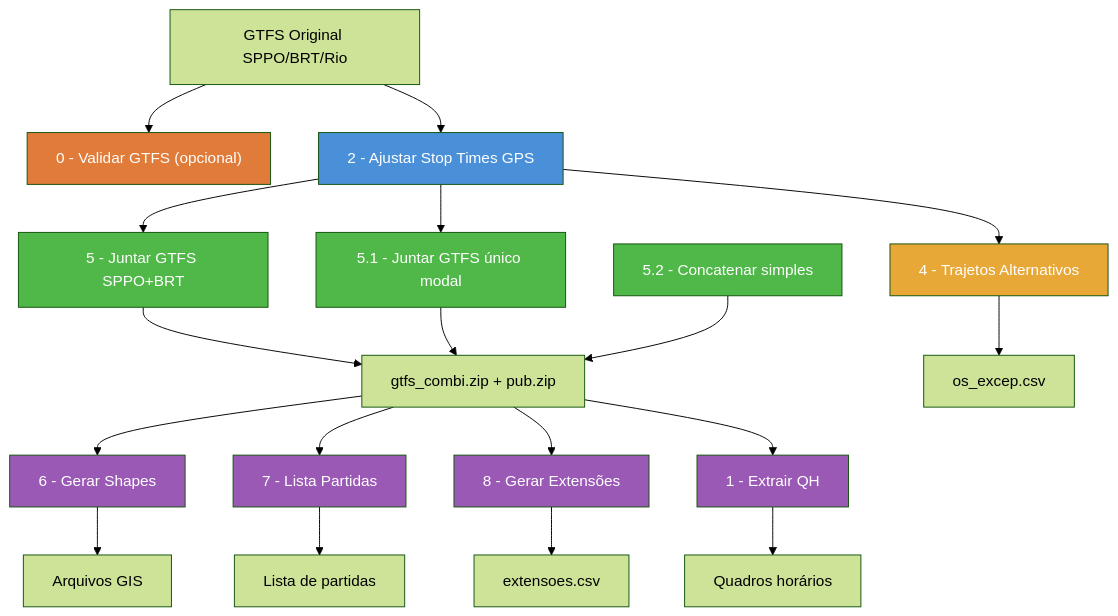
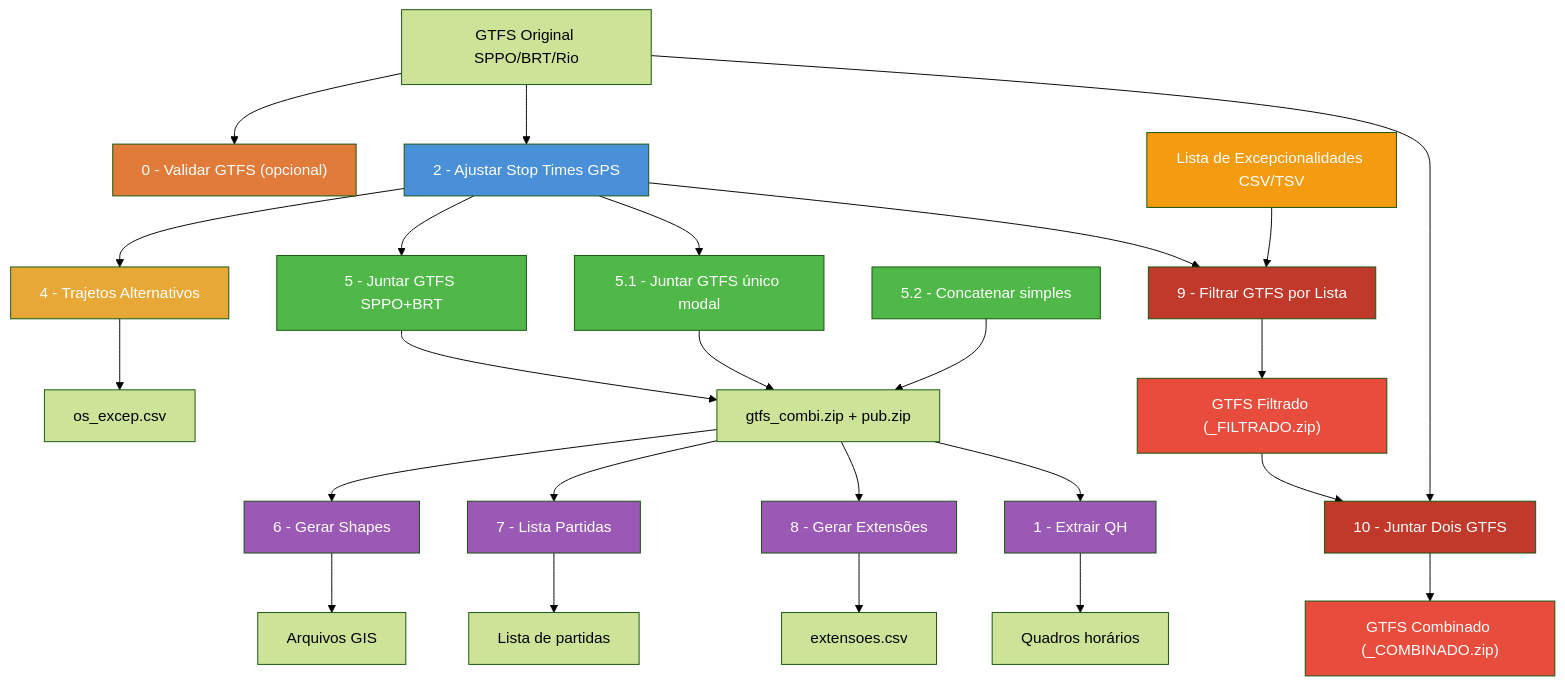
One commit to Fcsgeo82/processar_gtfs changed the diagram in README.md. Above: the diagram before and after it, drawn with Mermaid (forest theme). The commit also changed other lines of this file and 8 other files, not shown here.

````diff
--- a/README.md
+++ b/README.md
@@ -195,49 +234,65 @@
 ```mermaid
 graph TD
     ENTRADA["GTFS Original SPPO/BRT/Rio"]
     A0["0 - Validar GTFS (opcional)"]
     B["2 - Ajustar Stop Times GPS"]
     D["4 - Trajetos Alternativos"]
     E5["5 - Juntar GTFS SPPO+BRT"]
     E51["5.1 - Juntar GTFS único modal"]
     E52["5.2 - Concatenar simples"]
+    E9["9 - Filtrar GTFS por Lista"]
+    E10["10 - Juntar Dois GTFS"]
     PUB["gtfs_combi.zip + pub.zip"]
+    FILTRADO["GTFS Filtrado (_FILTRADO.zip)"]
+    COMBINADO["GTFS Combinado (_COMBINADO.zip)"]
     F["6 - Gerar Shapes"]
     G["7 - Lista Partidas"]
     H["8 - Gerar Extensões"]
     A["1 - Extrair QH"]
     OUT4["os_excep.csv"]
     OUT6["Arquivos GIS"]
     OUT7["Lista de partidas"]
     OUT8["extensoes.csv"]
     OUT1["Quadros horários"]
+    LISTA["Lista de Excepcionalidades CSV/TSV"]
 
     ENTRADA --> A0
     ENTRADA --> B
     B --> D
     B --> E5
     B --> E51
+    B --> E9
     D --> OUT4
+    LISTA --> E9
+    E9 --> FILTRADO
+    FILTRADO --> E10
+    ENTRADA --> E10
+    E10 --> COMBINADO
     E5 --> PUB
     E51 --> PUB
     E52 --> PUB
     PUB --> F
     PUB --> G
     PUB --> H
     PUB --> A
     F --> OUT6
     G --> OUT7
     H --> OUT8
     A --> OUT1
 
     style A0 fill:#e07b39,color:#fff
     style B fill:#4a90d9,color:#fff
     style D fill:#e8a838,color:#fff
     style E5 fill:#50b848,color:#fff
     style E51 fill:#50b848,color:#fff
     style E52 fill:#50b848,color:#fff
+    style E9 fill:#c0392b,color:#fff
+    style E10 fill:#c0392b,color:#fff
     style F fill:#9b59b6,color:#fff
     style G fill:#9b59b6,color:#fff
     style H fill:#9b59b6,color:#fff
     style A fill:#9b59b6,color:#fff
+    style LISTA fill:#f39c12,color:#fff
+    style FILTRADO fill:#e74c3c,color:#fff
+    style COMBINADO fill:#e74c3c,color:#fff
 ```
````
